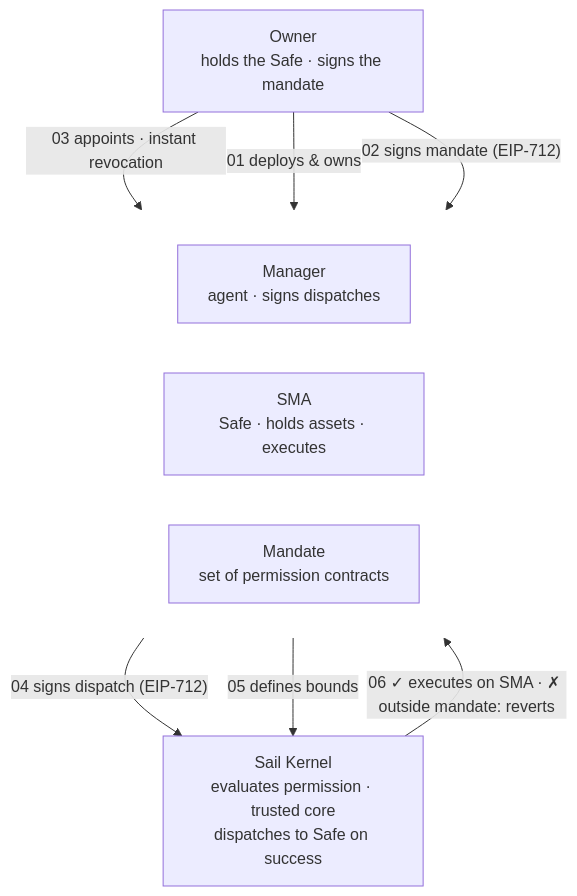
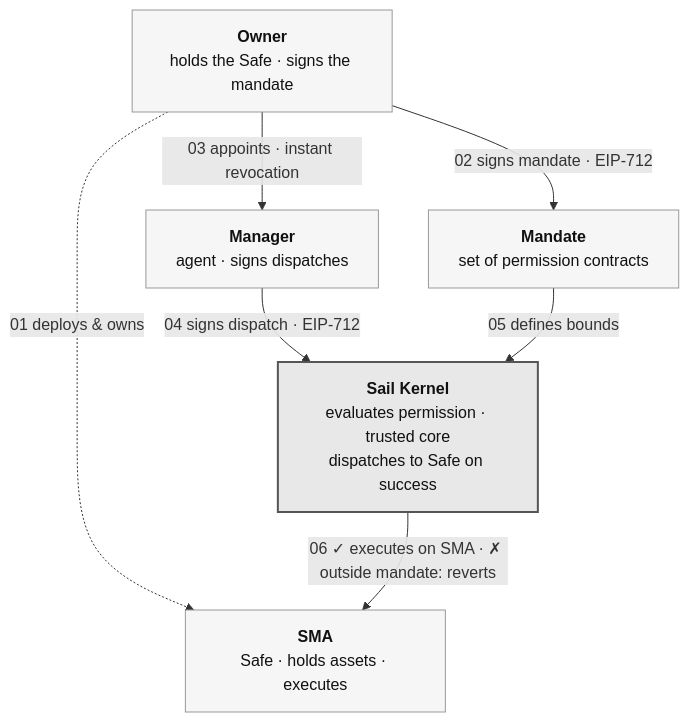
Before and after one commit to sail-money/Protocol: the diagram in README.md, drawn with Mermaid.

Commit message:
docs: redesign README diagram with Mermaid backtick markdown bold titles
- Bold node titles via backtick markdown strings (Mermaid v10 / GitHub)
- Linear TD layout: Owner → Manager/Mandate → Kernel → SMA — no back-edge, no crossings
- Owner→SMA as dashed edge (01 deploys & owns) on the side
- Kernel visually distinct: darker fill, thicker border via classDef

````diff
--- a/README.md
+++ b/README.md
@@ -13,22 +13,25 @@
 ```mermaid
 flowchart TD
-    Owner["Owner\nholds the Safe · signs the mandate"]
-
-    subgraph mid [" "]
-        direction LR
-        Manager["Manager\nagent · signs dispatches"]
-        SMA["SMA\nSafe · holds assets · executes"]
-        Mandate["Mandate\nset of permission contracts"]
-    end
-
-    Kernel["Sail Kernel\nevaluates permission · trusted core\ndispatches to Safe on success"]
+    Owner["`**Owner**
+holds the Safe · signs the mandate`"]
+    Manager["`**Manager**
+agent · signs dispatches`"]
+    Mandate["`**Mandate**
+set of permission contracts`"]
+    Kernel["`**Sail Kernel**
+evaluates permission · trusted core
+dispatches to Safe on success`"]
+    SMA["`**SMA**
+Safe · holds assets · executes`"]
 
     Owner -- "03 appoints · instant revocation" --> Manager
-    Owner -- "01 deploys & owns" --> SMA
-    Owner -- "02 signs mandate (EIP-712)" --> Mandate
-    Manager -- "04 signs dispatch (EIP-712)" --> Kernel
+    Owner -- "02 signs mandate · EIP-712" --> Mandate
+    Owner -. "01 deploys & owns" .-> SMA
+    Manager -- "04 signs dispatch · EIP-712" --> Kernel
     Mandate -- "05 defines bounds" --> Kernel
     Kernel -- "06 ✓ executes on SMA · ✗ outside mandate: reverts" --> SMA
 
-    style mid fill:none,stroke:none
+    classDef default fill:#f6f6f6,stroke:#999,color:#111
+    classDef kernelNode fill:#e8e8e8,stroke:#555,stroke-width:2px,color:#111
+    class Kernel kernelNode
 ```
````
